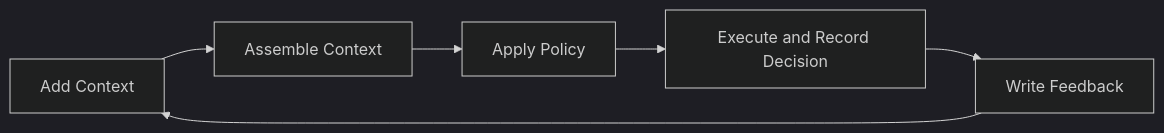
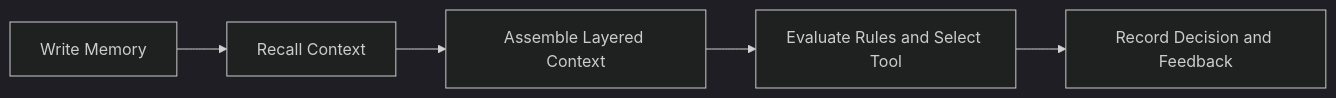
One commit to Cognary/Aionis changed the diagram in docs/public/en/guides/01-build-memory.md. Above: the diagram before and after it, drawn with Mermaid (dark theme). The commit also changed other lines of this file and 7 other files, not shown here.

````diff
--- a/docs/public/en/guides/01-build-memory.md
+++ b/docs/public/en/guides/01-build-memory.md
@@ -11,8 +11,7 @@
 ```mermaid
 flowchart LR
-  A["Add Context"] --> B["Assemble Context"]
-  B --> C["Apply Policy"]
-  C --> D["Execute and Record Decision"]
-  D --> E["Write Feedback"]
-  E --> A
+  A["Write Memory"] --> B["Recall Context"]
+  B --> C["Assemble Layered Context"]
+  C --> D["Evaluate Rules and Select Tool"]
+  D --> E["Record Decision and Feedback"]
 ```
````
